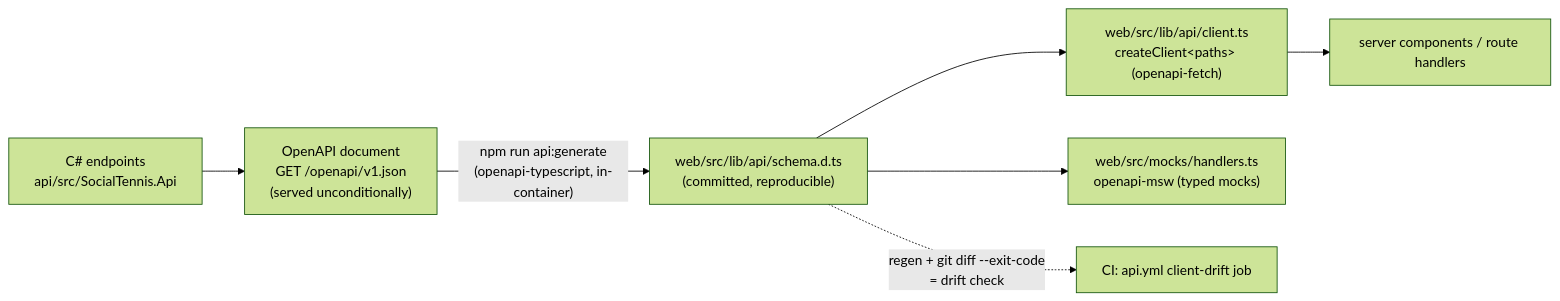
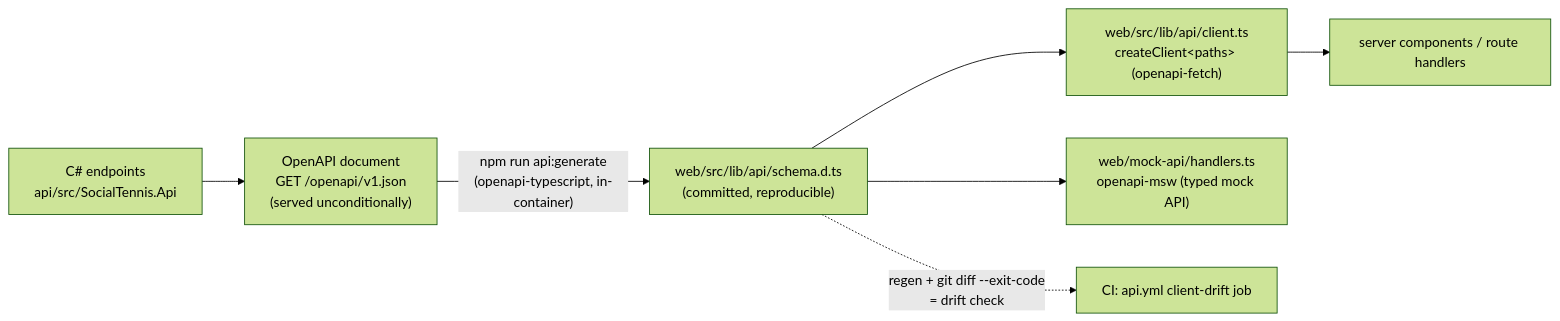
The fifth of 12 diagrams in docs/architecture.md (l1em1on1/social-tennis), drawn with Mermaid (forest theme) before and after one commit. The commit also changed other lines of this file and 32 other files, not shown here.

First line of the commit message:
The mock API becomes its own server: one web build for every environment (#233) (#236)

````diff
--- a/docs/architecture.md
+++ b/docs/architecture.md
@@ -196,9 +198,9 @@
 ```mermaid
 flowchart LR
     CS["C# endpoints<br/>api/src/SocialTennis.Api"] --> DOC["OpenAPI document<br/>GET /openapi/v1.json<br/>(served unconditionally)"]
     DOC -->|"npm run api:generate<br/>(openapi-typescript, in-container)"| SCHEMA["web/src/lib/api/schema.d.ts<br/>(committed, reproducible)"]
     SCHEMA --> CLIENT["web/src/lib/api/client.ts<br/>createClient&lt;paths&gt; (openapi-fetch)"]
     CLIENT --> PAGES["server components / route handlers"]
-    SCHEMA --> MOCKS["web/src/mocks/handlers.ts<br/>openapi-msw (typed mocks)"]
+    SCHEMA --> MOCKS["web/mock-api/handlers.ts<br/>openapi-msw (typed mock API)"]
     SCHEMA -.->|"regen + git diff --exit-code<br/>= drift check"| CI["CI: api.yml client-drift job"]
 ```
````
